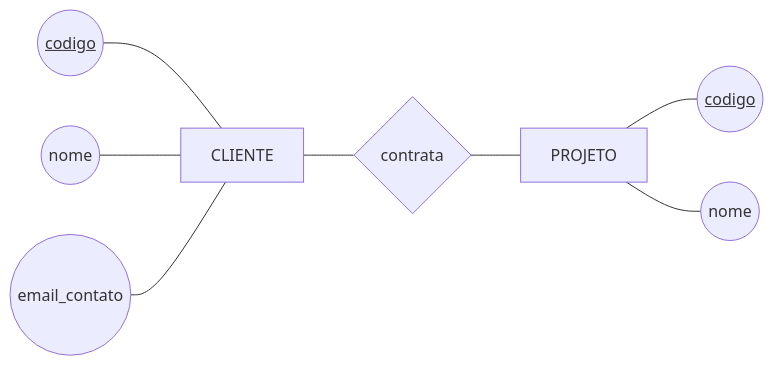
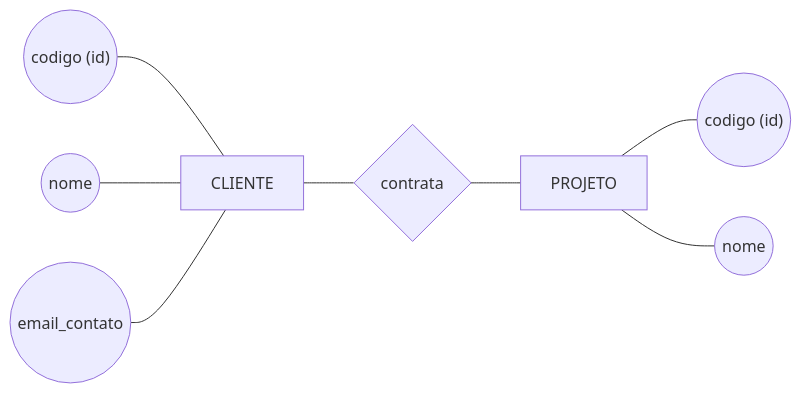
One commit to tacianosilva/bsi-tasks changed the first of 3 diagrams in database/20262/GabrielUchoa17/tarefa02.md. Above: the diagram before and after it, drawn with Mermaid. The commit also changed other lines of this file, not shown here.

````diff
--- a/database/20262/GabrielUchoa17/tarefa02.md
+++ b/database/20262/GabrielUchoa17/tarefa02.md
@@ -153,14 +153,14 @@
 ```mermaid
 flowchart LR
-    cod(("<u>codigo</u>")) --- CLIENTE
+    cod(("codigo (id)")) --- CLIENTE
     nome((nome)) --- CLIENTE
     email((email_contato)) --- CLIENTE
 
     CLIENTE[CLIENTE] --- R{contrata}
     R --- PROJETO[PROJETO]
 
-    PROJETO --- pcod(("<u>codigo</u>"))
+    PROJETO --- pcod(("codigo (id)"))
     PROJETO --- pnome((nome))
 
     linkStyle default stroke-width:1px
 ```
````
